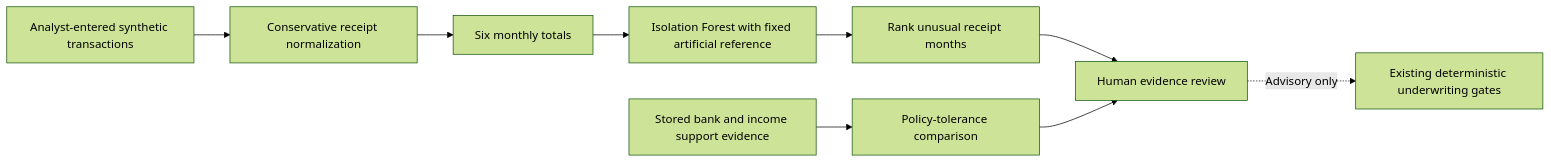
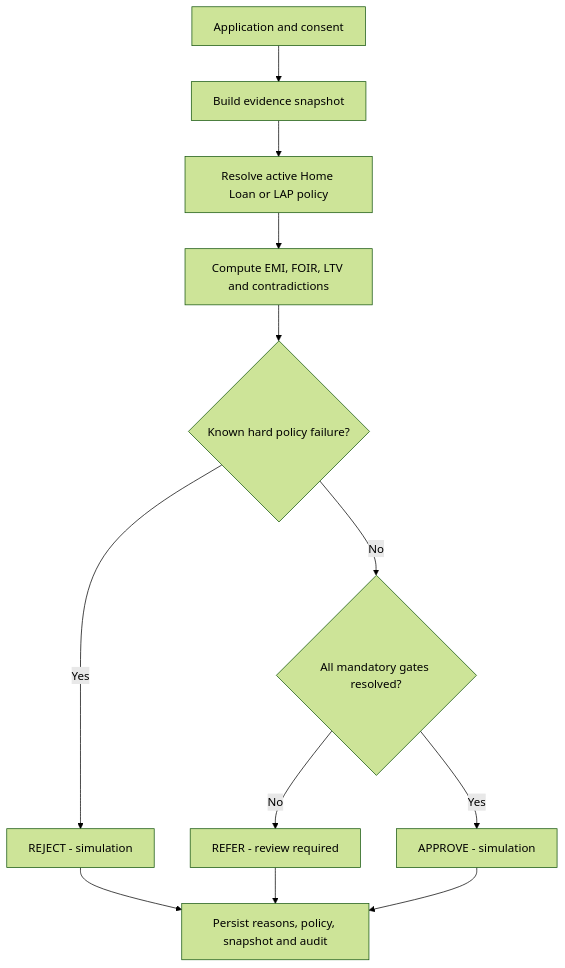
One commit to pushkkal0201-bit/AadharShila changed the third of 4 diagrams in README.md. Above: the diagram before and after it, drawn with Mermaid (forest theme). The commit also changed other lines of this file, not shown here.

Commit message:
docs(readme): explain underwriting architecture, model boundaries and reproducible demo

````diff
--- a/README.md
+++ b/README.md
@@ -504,11 +167,14 @@
 ```mermaid
-flowchart LR
-    A[Analyst-entered synthetic transactions] --> B[Conservative receipt normalization]
-    B --> C[Six monthly totals]
-    C --> D[Isolation Forest with fixed artificial reference]
-    D --> E[Rank unusual receipt months]
-    F[Stored bank and income support evidence] --> G[Policy-tolerance comparison]
-    E --> H[Human evidence review]
+flowchart TD
+    A[Application and consent] --> B[Build evidence snapshot]
+    B --> C[Resolve active Home Loan or LAP policy]
+    C --> D[Compute EMI, FOIR, LTV and contradictions]
+    D --> E{Known hard policy failure?}
+    E -->|Yes| R[REJECT - simulation]
+    E -->|No| F{All mandatory gates resolved?}
+    F -->|No| Q[REFER - review required]
+    F -->|Yes| G[APPROVE - simulation]
+    R --> H[Persist reasons, policy, snapshot and audit]
+    Q --> H
     G --> H
-    H -. Advisory only .-> I[Existing deterministic underwriting gates]
 ```
````
